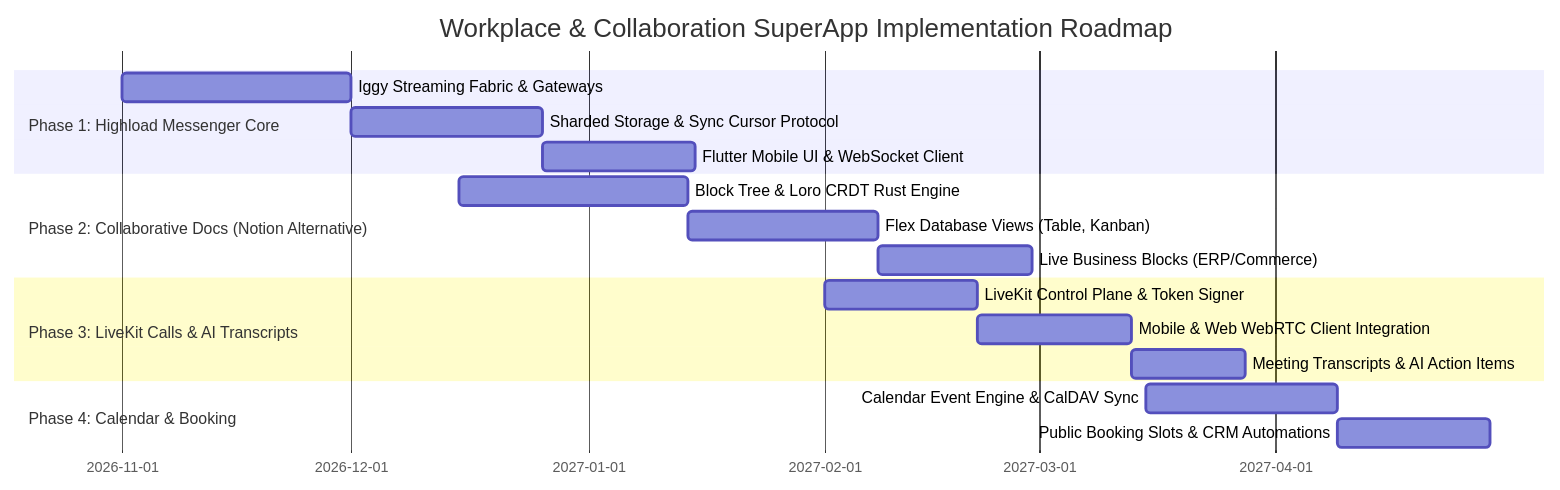
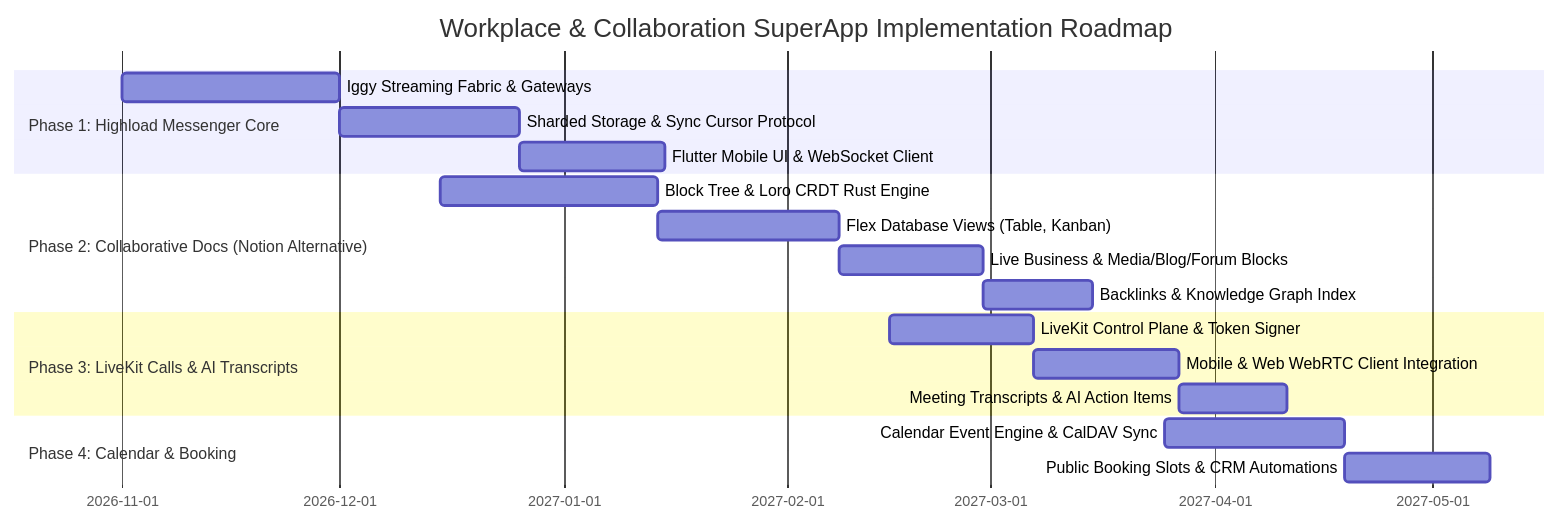
Before and after one commit to RusTokRs/RusTok: the diagram in docs/architecture/workplace-collaboration-superapp-plan.md, drawn with Mermaid. The commit also changed other lines of this file, not shown here.

Commit message:
docs: specify universal entity embedding, media retainment, and backlinks in workplace plan

````diff
--- a/docs/architecture/workplace-collaboration-superapp-plan.md
+++ b/docs/architecture/workplace-collaboration-superapp-plan.md
@@ -148,23 +244,24 @@
 ```mermaid
 gantt
     title Workplace & Collaboration SuperApp Implementation Roadmap
     dateFormat  YYYY-MM-DD
     section Phase 1: Highload Messenger Core
     Iggy Streaming Fabric & Gateways      :p1_1, 2026-11-01, 30d
     Sharded Storage & Sync Cursor Protocol :p1_2, after p1_1, 25d
     Flutter Mobile UI & WebSocket Client   :p1_3, after p1_2, 20d
 
     section Phase 2: Collaborative Docs (Notion Alternative)
     Block Tree & Loro CRDT Rust Engine     :p2_1, 2026-12-15, 30d
     Flex Database Views (Table, Kanban)    :p2_2, after p2_1, 25d
-    Live Business Blocks (ERP/Commerce)    :p2_3, after p2_2, 20d
+    Live Business & Media/Blog/Forum Blocks:p2_3, after p2_2, 20d
+    Backlinks & Knowledge Graph Index      :p2_4, after p2_3, 15d
 
     section Phase 3: LiveKit Calls & AI Transcripts
-    LiveKit Control Plane & Token Signer   :p3_1, 2027-02-01, 20d
+    LiveKit Control Plane & Token Signer   :p3_1, 2027-02-15, 20d
     Mobile & Web WebRTC Client Integration :p3_2, after p3_1, 20d
     Meeting Transcripts & AI Action Items  :p3_3, after p3_2, 15d
 
     section Phase 4: Calendar & Booking
-    Calendar Event Engine & CalDAV Sync    :p4_1, 2027-03-15, 25d
+    Calendar Event Engine & CalDAV Sync    :p4_1, 2027-03-25, 25d
     Public Booking Slots & CRM Automations :p4_2, after p4_1, 20d
 ```
````
